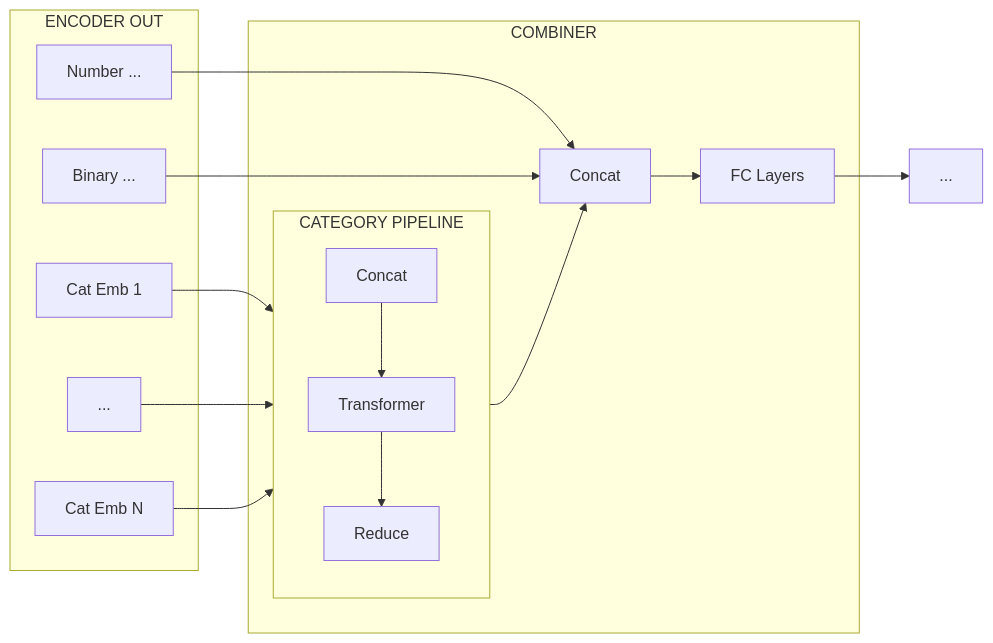
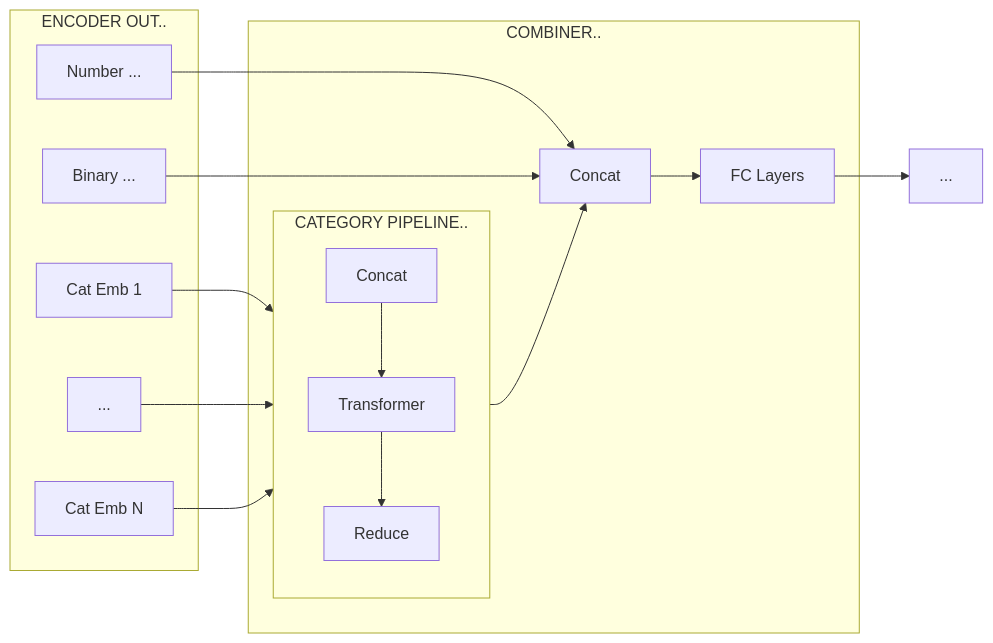
One commit to ludwig-ai/ludwig-docs changed the sixth of 7 diagrams in docs/configuration/combiner.md. Above: the diagram before and after it, drawn with Mermaid. The commit also changed other lines of this file, not shown here.

````diff
--- a/docs/configuration/combiner.md
+++ b/docs/configuration/combiner.md
@@ -230,31 +230,31 @@
 ``` mermaid
 graph LR
   I1[Cat Emb 1] --> T1["Concat"];
   IK[...] --> T1;
   IN[Cat Emb N] --> T1;
   N1[Number ...] --> T4["Concat"];
   B1[Binary ...] --> T4;
   T1 --> T2["Transformer"];
   T2 --> T3["Reduce"];
   T3 --> T4;
   T4 --> T5["FC Layers"];
   T5 --> ...;
-  subgraph COMBINER
+  subgraph COMBINER..
   CAT
   T4
   T5
   end
-  subgraph ENCODER OUT
+  subgraph ENCODER OUT..
   I1
   IK
   IN
   N1
   B1
   end
-  subgraph CAT["CATEGORY PIPELINE"]
+  subgraph CAT["CATEGORY PIPELINE.."]
   direction TB
   T1
   T2
   T3
   end
 ```
````
